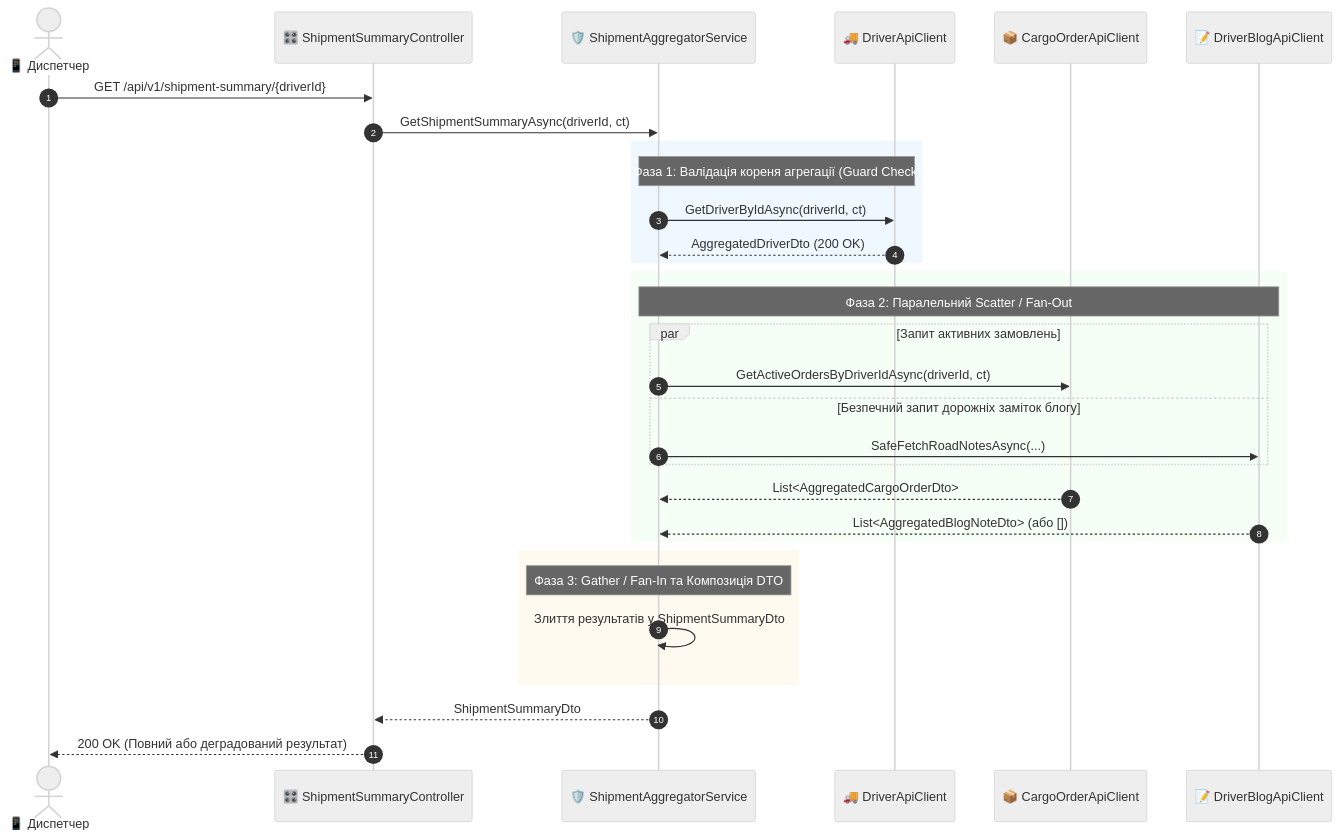
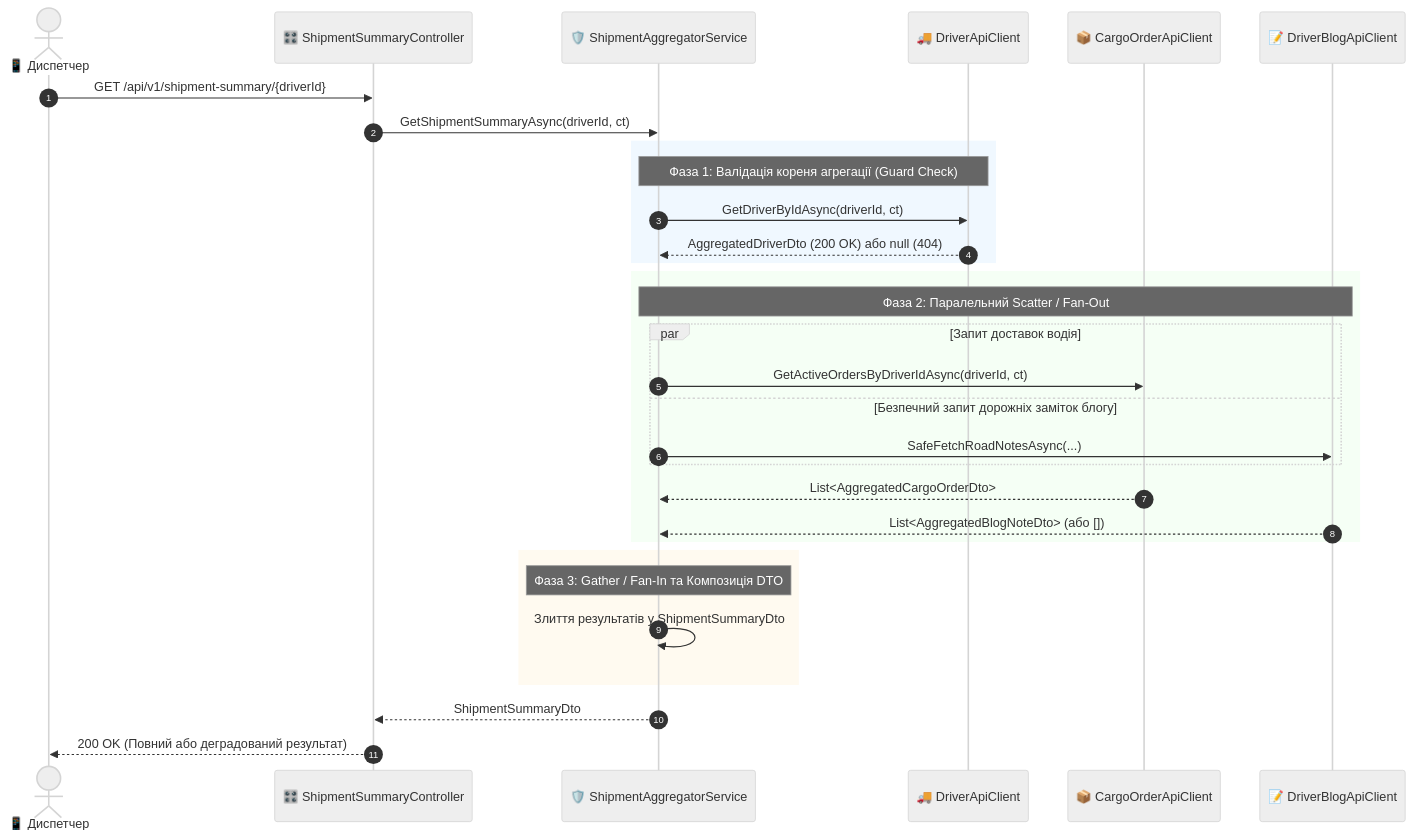
The sixth of 7 diagrams in 02-Microservices-Craftsman/02-01-Aspire-Documentation/03_HttpAggregator_Gateway_Architecture_And_Design.md (MrTomkaYurii/Demo-CargoDeliveryService), drawn with Mermaid (neutral theme) before and after one commit. The commit also changed other lines of this file and 227 other files, not shown here.

````diff
--- a/02-Microservices-Craftsman/02-01-Aspire-Documentation/03_HttpAggregator_Gateway_Architecture_And_Design.md
+++ b/02-Microservices-Craftsman/02-01-Aspire-Documentation/03_HttpAggregator_Gateway_Architecture_And_Design.md
@@ -338,38 +386,38 @@
 ```mermaid
 sequenceDiagram
     autonumber
     actor UI as 📱 Диспетчер
     participant Ctrl as 🎛️ ShipmentSummaryController
     participant Svc as 🛡️ ShipmentAggregatorService
     participant DM as 🚚 DriverApiClient
     participant CO as 📦 CargoOrderApiClient
     participant DB as 📝 DriverBlogApiClient
 
     UI->>Ctrl: GET /api/v1/shipment-summary/{driverId}
     Ctrl->>Svc: GetShipmentSummaryAsync(driverId, ct)
     
     rect rgb(240, 248, 255)
         Note over Svc,DM: Фаза 1: Валідація кореня агрегації (Guard Check)
         Svc->>DM: GetDriverByIdAsync(driverId, ct)
-        DM-->>Svc: AggregatedDriverDto (200 OK)
+        DM-->>Svc: AggregatedDriverDto (200 OK) або null (404)
     end
     
     rect rgb(245, 255, 245)
         Note over Svc,DB: Фаза 2: Паралельний Scatter / Fan-Out
-        par Запит активних замовлень
+        par Запит доставок водія
             Svc->>CO: GetActiveOrdersByDriverIdAsync(driverId, ct)
         and Безпечний запит дорожніх заміток блогу
             Svc->>DB: SafeFetchRoadNotesAsync(...)
         end
         CO-->>Svc: List<AggregatedCargoOrderDto>
         DB-->>Svc: List<AggregatedBlogNoteDto> (або [])
     end
 
     rect rgb(255, 250, 240)
         Note over Svc: Фаза 3: Gather / Fan-In та Композиція DTO
         Svc->>Svc: Злиття результатів у ShipmentSummaryDto
     end
     
     Svc-->>Ctrl: ShipmentSummaryDto
     Ctrl-->>UI: 200 OK (Повний або деградований результат)
 ```
````
